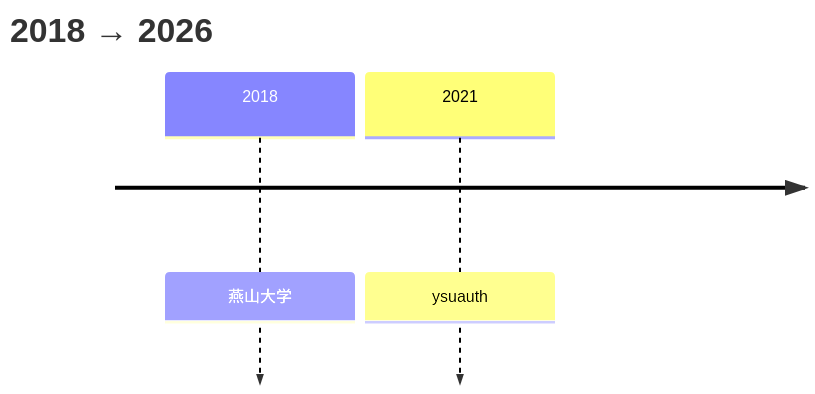
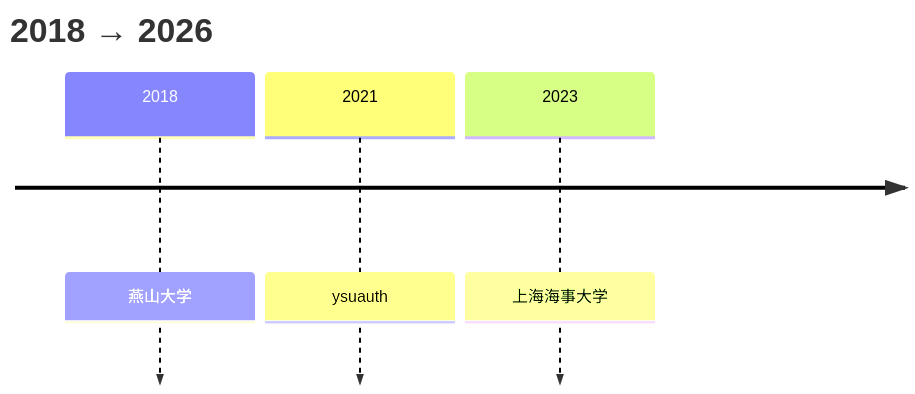
One commit to a645162/a645162 changed the second of 4 diagrams in MERMAID_TEST2.md. Above: the diagram before and after it, drawn with Mermaid. The commit also changed other lines of this file, not shown here.

Commit message:
test: mermaid ordering

````diff
--- a/MERMAID_TEST2.md
+++ b/MERMAID_TEST2.md
@@ -22,6 +15,7 @@
 ```mermaid
 timeline
     title 2018 → 2026
     2018 : 燕山大学
     2021 : ysuauth
+    2023 : 上海海事大学
 ```
````
